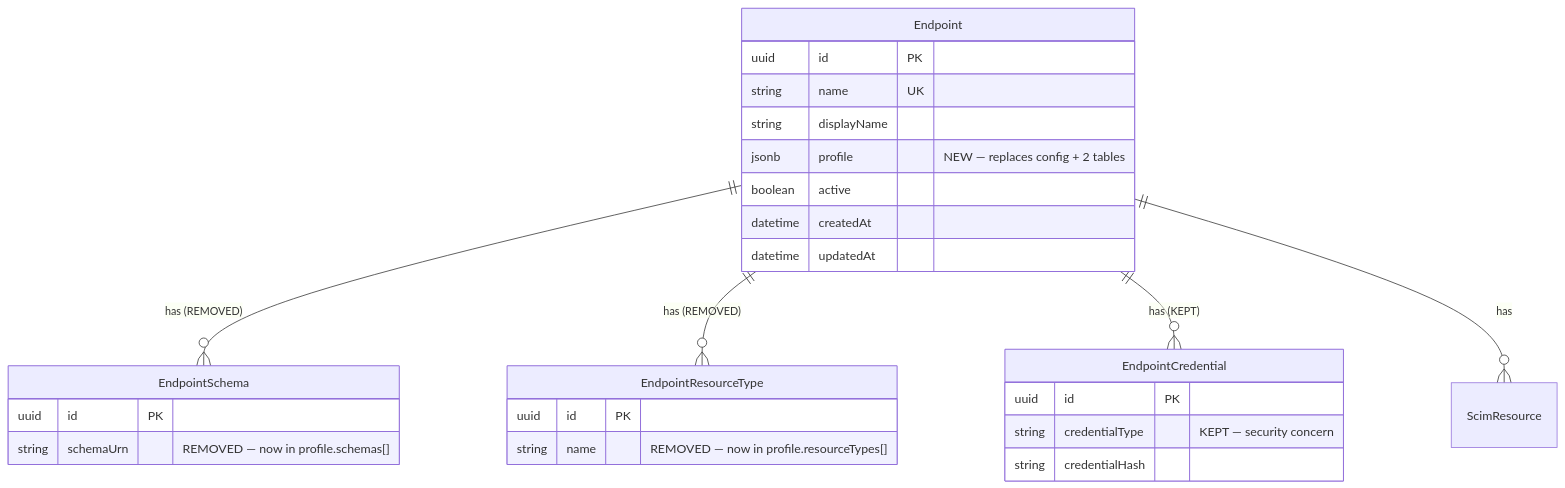
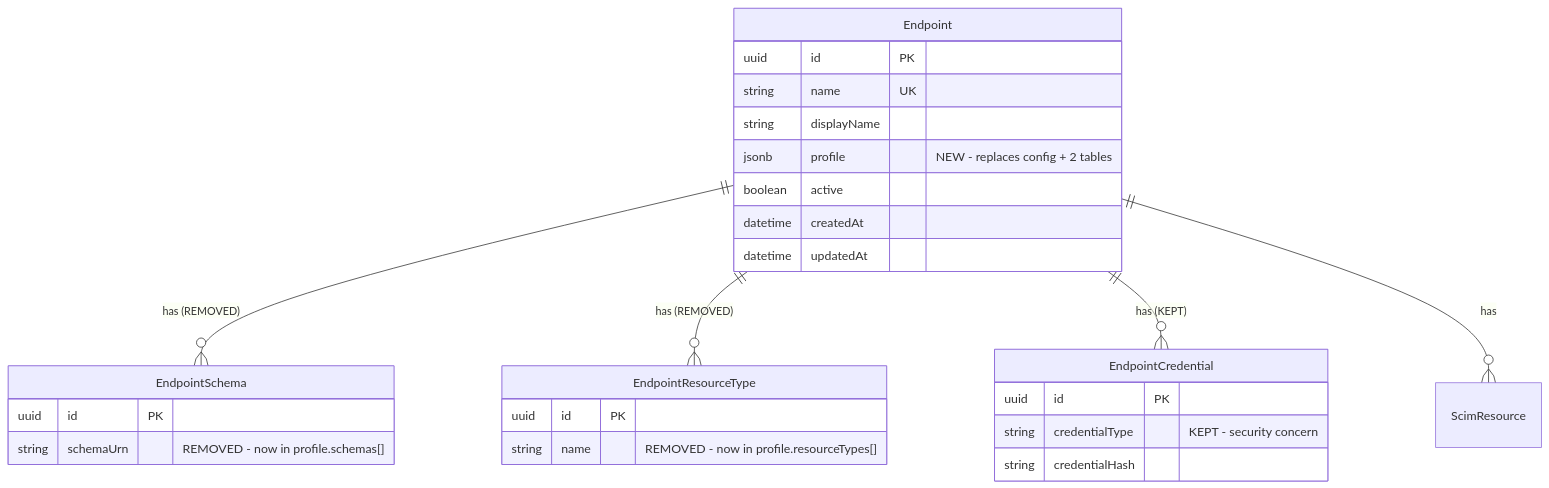
One commit to pranems/SCIMServer changed the fourth of 20 diagrams in docs/SCHEMA_TEMPLATES_DESIGN.md. Above: the diagram before and after it, drawn with Mermaid. The commit also changed other lines of this file and 337 other files, not shown here.

````diff
--- a/docs/SCHEMA_TEMPLATES_DESIGN.md
+++ b/docs/SCHEMA_TEMPLATES_DESIGN.md
@@ -260,29 +260,29 @@
 ```mermaid
 erDiagram
     Endpoint ||--o{ EndpointSchema : "has (REMOVED)"
     Endpoint ||--o{ EndpointResourceType : "has (REMOVED)"
     Endpoint ||--o{ EndpointCredential : "has (KEPT)"
     Endpoint ||--o{ ScimResource : "has"
     Endpoint {
         uuid id PK
         string name UK
         string displayName
-        jsonb profile "NEW — replaces config + 2 tables"
+        jsonb profile "NEW - replaces config + 2 tables"
         boolean active
         datetime createdAt
         datetime updatedAt
     }
     EndpointSchema {
         uuid id PK
-        string schemaUrn "REMOVED — now in profile.schemas[]"
+        string schemaUrn "REMOVED - now in profile.schemas[]"
     }
     EndpointResourceType {
         uuid id PK
-        string name "REMOVED — now in profile.resourceTypes[]"
+        string name "REMOVED - now in profile.resourceTypes[]"
     }
     EndpointCredential {
         uuid id PK
-        string credentialType "KEPT — security concern"
+        string credentialType "KEPT - security concern"
         string credentialHash
     }
 ```
````
